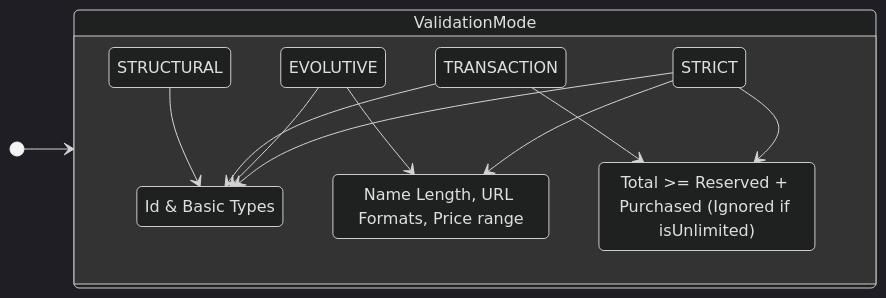
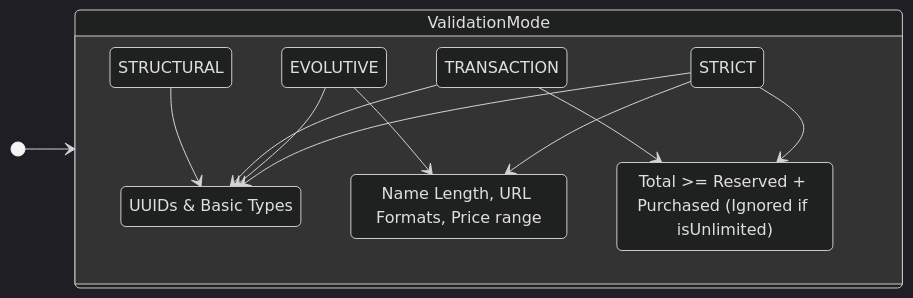
One commit to ZoePorta/wishin changed the second of 2 diagrams in docs/architecture/domain-model.md. Above: the diagram before and after it, drawn with Mermaid (dark theme). The commit also changed 1 other file, not shown here.

Commit message:
docs: fix minor errors

````diff
--- a/docs/architecture/domain-model.md
+++ b/docs/architecture/domain-model.md
@@ -81,26 +81,26 @@
 ```mermaid
 stateDiagram-v2
     direction LR
     [*] --> ValidationMode
 
     state ValidationMode {
         direction TB
         STRICT --> Structural
         STRICT --> Business
         STRICT --> Inventory
 
         EVOLUTIVE --> Structural
         EVOLUTIVE --> Business
 
         TRANSACTION --> Structural
         TRANSACTION --> Inventory
 
         STRUCTURAL --> Structural
     }
 
-    Structural: Id & Basic Types
+    Structural: UUIDs & Basic Types
     Business: Name Length, URL Formats, Price range
     Inventory: Total >= Reserved + Purchased (Ignored if isUnlimited)
 
 
 ```
````
